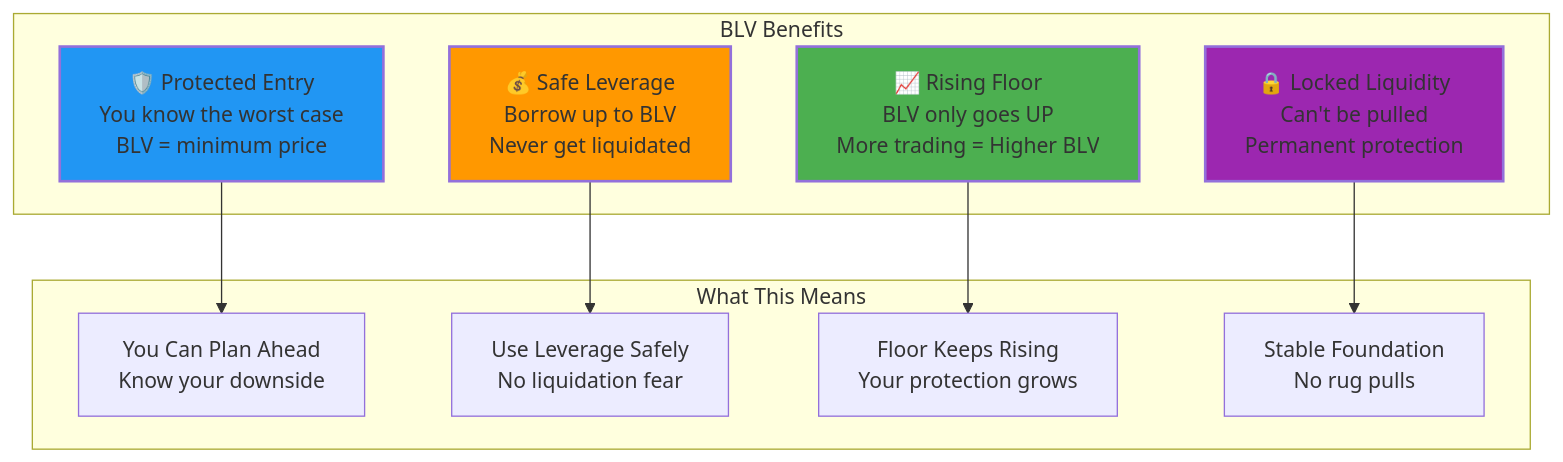
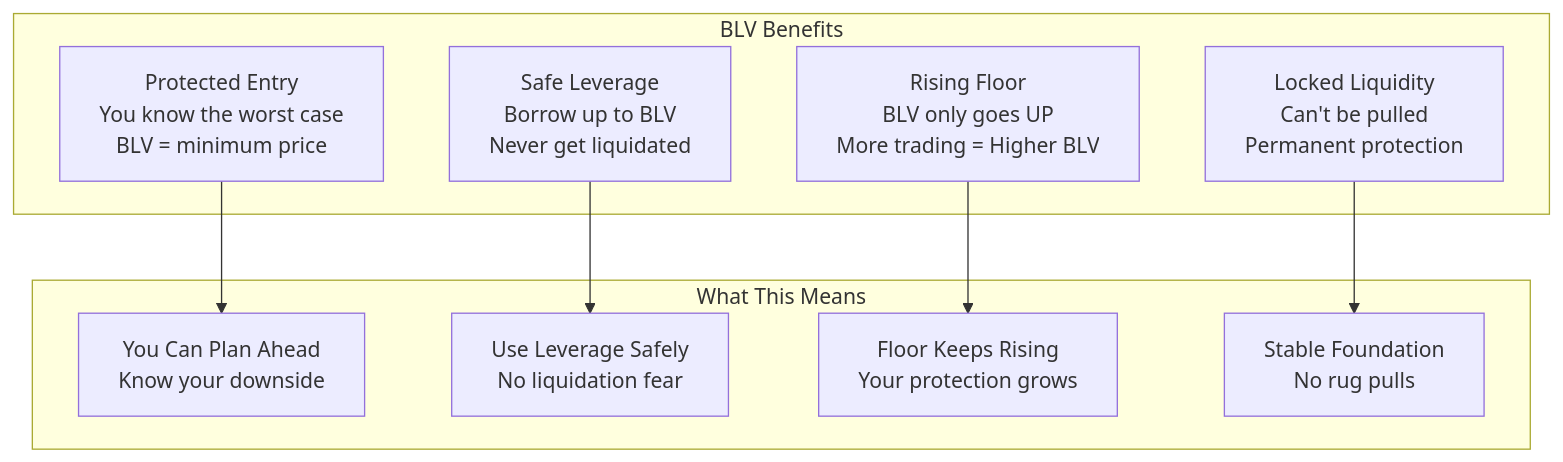
The fifth of 6 diagrams in blackhaven-blv-user-friendly.md (0xJaehaerys/ohmega), drawn with Mermaid before and after one commit. The commit also changed other lines of this file, not shown here.

First line of the commit message:
Remove emojis and colors from BLV user-friendly diagram

````diff
--- a/blackhaven-blv-user-friendly.md
+++ b/blackhaven-blv-user-friendly.md
@@ -165,26 +152,22 @@
 ```mermaid
 graph TD
     subgraph "BLV Benefits"
-        BENEFIT1[🛡️ Protected Entry<br/>You know the worst case<br/>BLV = minimum price]
-        BENEFIT2[💰 Safe Leverage<br/>Borrow up to BLV<br/>Never get liquidated]
-        BENEFIT3[📈 Rising Floor<br/>BLV only goes UP<br/>More trading = Higher BLV]
-        BENEFIT4[🔒 Locked Liquidity<br/>Can't be pulled<br/>Permanent protection]
+        BENEFIT1[Protected Entry<br/>You know the worst case<br/>BLV = minimum price]
+        BENEFIT2[Safe Leverage<br/>Borrow up to BLV<br/>Never get liquidated]
+        BENEFIT3[Rising Floor<br/>BLV only goes UP<br/>More trading = Higher BLV]
+        BENEFIT4[Locked Liquidity<br/>Can't be pulled<br/>Permanent protection]
     end
     
     subgraph "What This Means"
         MEANING1[You Can Plan Ahead<br/>Know your downside]
         MEANING2[Use Leverage Safely<br/>No liquidation fear]
         MEANING3[Floor Keeps Rising<br/>Your protection grows]
         MEANING4[Stable Foundation<br/>No rug pulls]
     end
     
     BENEFIT1 --> MEANING1
     BENEFIT2 --> MEANING2
     BENEFIT3 --> MEANING3
     BENEFIT4 --> MEANING4
     
-    style BENEFIT1 fill:#2196f3,stroke-width:2px
-    style BENEFIT2 fill:#ff9800,stroke-width:2px
-    style BENEFIT3 fill:#4caf50,stroke-width:2px
-    style BENEFIT4 fill:#9c27b0,stroke-width:2px
 ```
````
